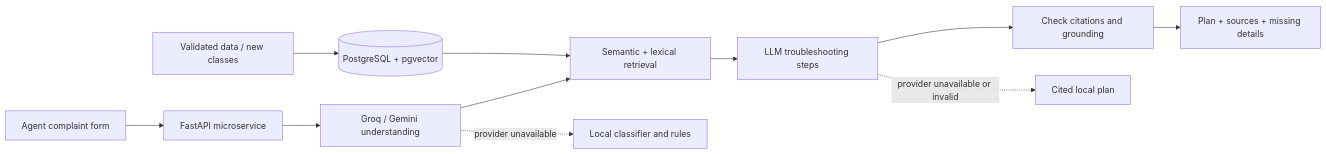
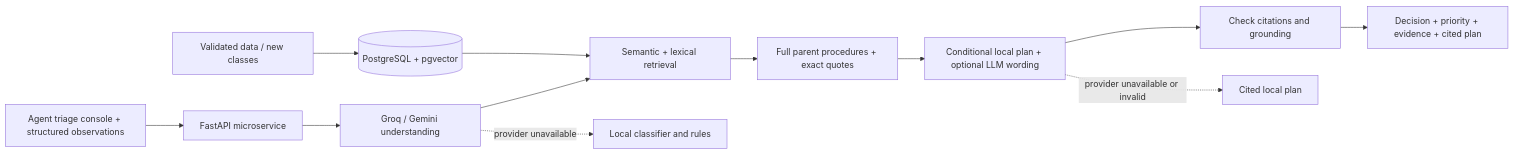
Before and after one commit to LithikhaB/support-resolution-assistant: the diagram in README.md, drawn with Mermaid. The commit also changed other lines of this file and 121 other files, not shown here.

````diff
--- a/README.md
+++ b/README.md
@@ -11,13 +28,14 @@
 ```mermaid
 flowchart LR
-    UI[Agent complaint form] --> API[FastAPI microservice]
+    UI[Agent triage console + structured observations] --> API[FastAPI microservice]
     API --> U[Groq / Gemini understanding]
     U --> R[Semantic + lexical retrieval]
     DB[(PostgreSQL + pgvector)] --> R
-    R --> D[LLM troubleshooting steps]
+    R --> P[Full parent procedures + exact quotes]
+    P --> D[Conditional local plan + optional LLM wording]
     D --> V[Check citations and grounding]
-    V --> OUT[Plan + sources + missing details]
+    V --> OUT[Decision + priority + evidence + cited plan]
     U -. provider unavailable .-> LOCAL[Local classifier and rules]
     D -. provider unavailable or invalid .-> FALLBACK[Cited local plan]
     NEW[Validated data / new classes] --> DB
 ```
````
